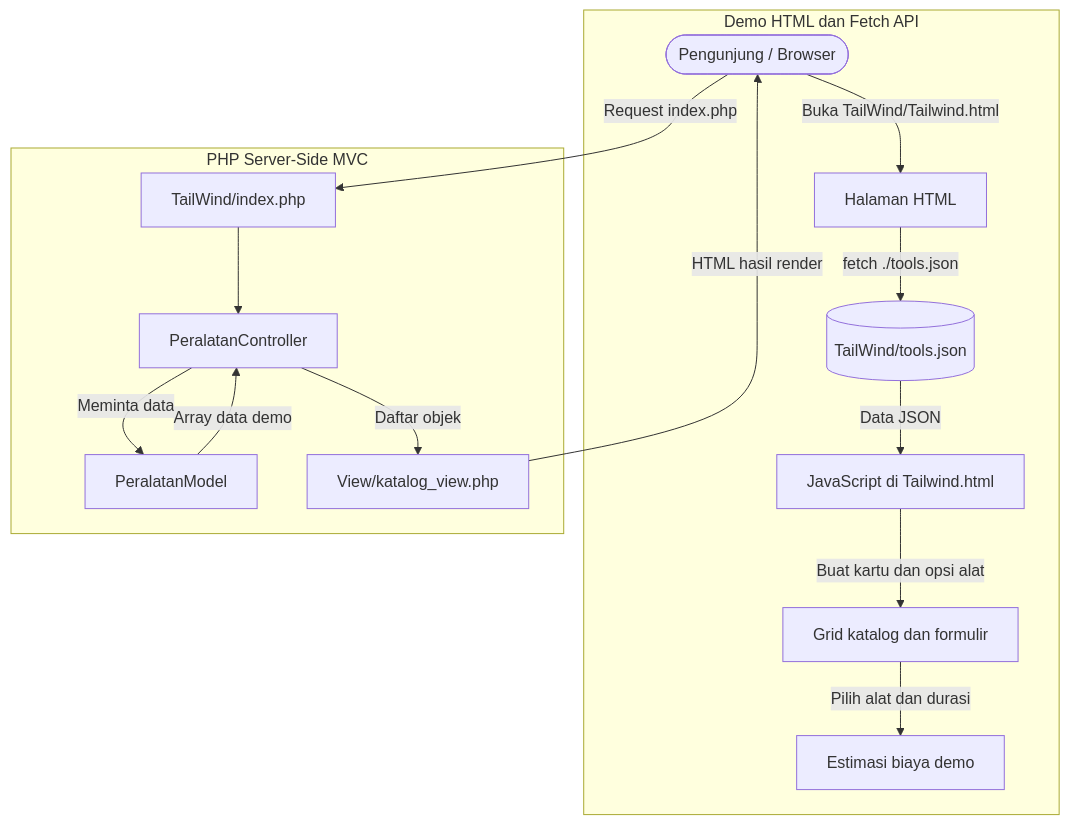
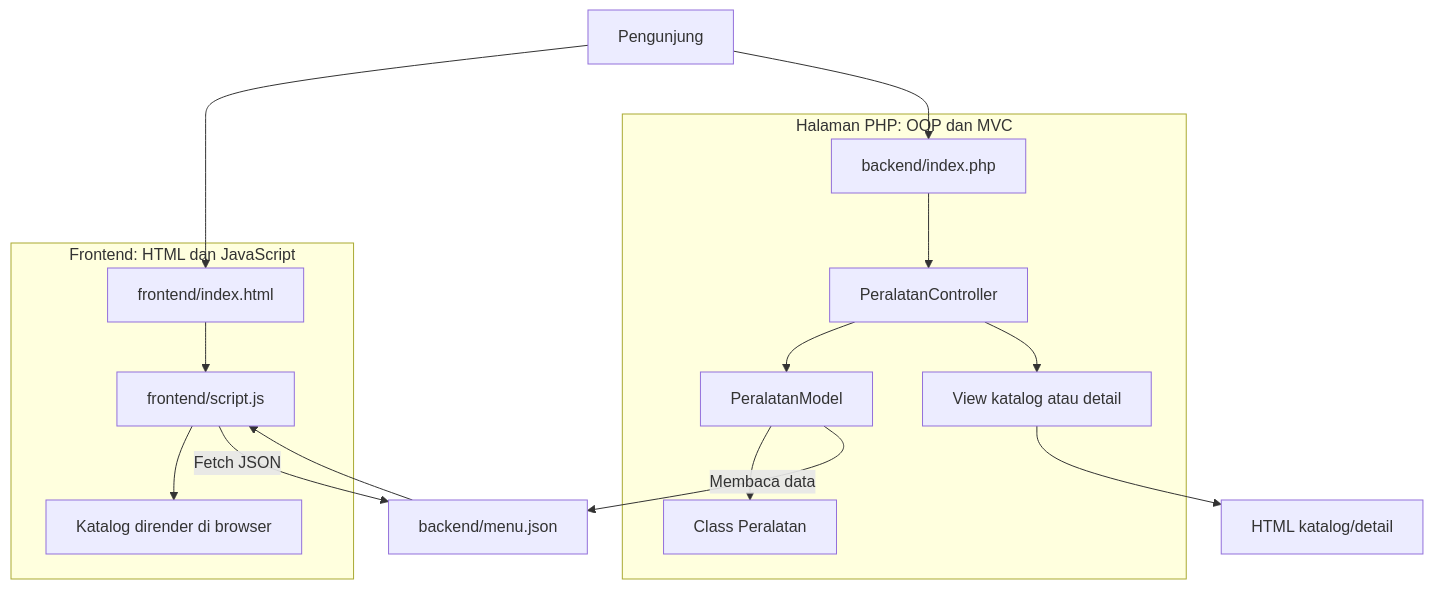
The diagram in Readme.md (Taufik021/Tugas_Matkul_Web_J), drawn with Mermaid before and after one commit. The commit also changed other lines of this file and 94 other files, not shown here.

````diff
--- a/Readme.md
+++ b/Readme.md
@@ -87,21 +93,33 @@
 ```mermaid
 flowchart TD
-    Browser([Pengunjung / Browser])
+    Pengunjung[Pengunjung]
 
-    subgraph Jalur_Fetch [Demo HTML dan Fetch API]
-        Browser -->|Buka TailWind/Tailwind.html| Html[Halaman HTML]
-        Html -->|fetch ./tools.json| Json[(TailWind/tools.json)]
-        Json -->|Data JSON| Script[JavaScript di Tailwind.html]
-        Script -->|Buat kartu dan opsi alat| Katalog[Grid katalog dan formulir]
-        Katalog -->|Pilih alat dan durasi| Estimasi[Estimasi biaya demo]
+    subgraph Browser[Frontend: HTML dan JavaScript]
+        HTML[frontend/index.html]
+        JS[frontend/script.js]
+        Kartu[Katalog dirender di browser]
+        HTML --> JS
+        JS --> Kartu
     end
 
-    subgraph Jalur_PHP [PHP Server-Side MVC]
-        Browser -->|Request index.php| Bootstrap[TailWind/index.php]
-        Bootstrap --> Controller[PeralatanController]
-        Controller -->|Meminta data| Model[PeralatanModel]
-        Model -->|Array data demo| Controller
-        Controller -->|Daftar objek| View[View/katalog_view.php]
-        View -->|HTML hasil render| Browser
+    JSON[backend/menu.json]
+    Pengunjung --> HTML
+    JS -->|Fetch JSON| JSON
+    JSON --> JS
+
+    subgraph PHP[Halaman PHP: OOP dan MVC]
+        Router[backend/index.php]
+        Controller[PeralatanController]
+        Model[PeralatanModel]
+        Entity[Class Peralatan]
+        View[View katalog atau detail]
+        Router --> Controller
+        Controller --> Model
+        Model --> Entity
+        Controller --> View
     end
+
+    Pengunjung --> Router
+    Model -->|Membaca data| JSON
+    View --> Hasil[HTML katalog/detail]
 ```
````
